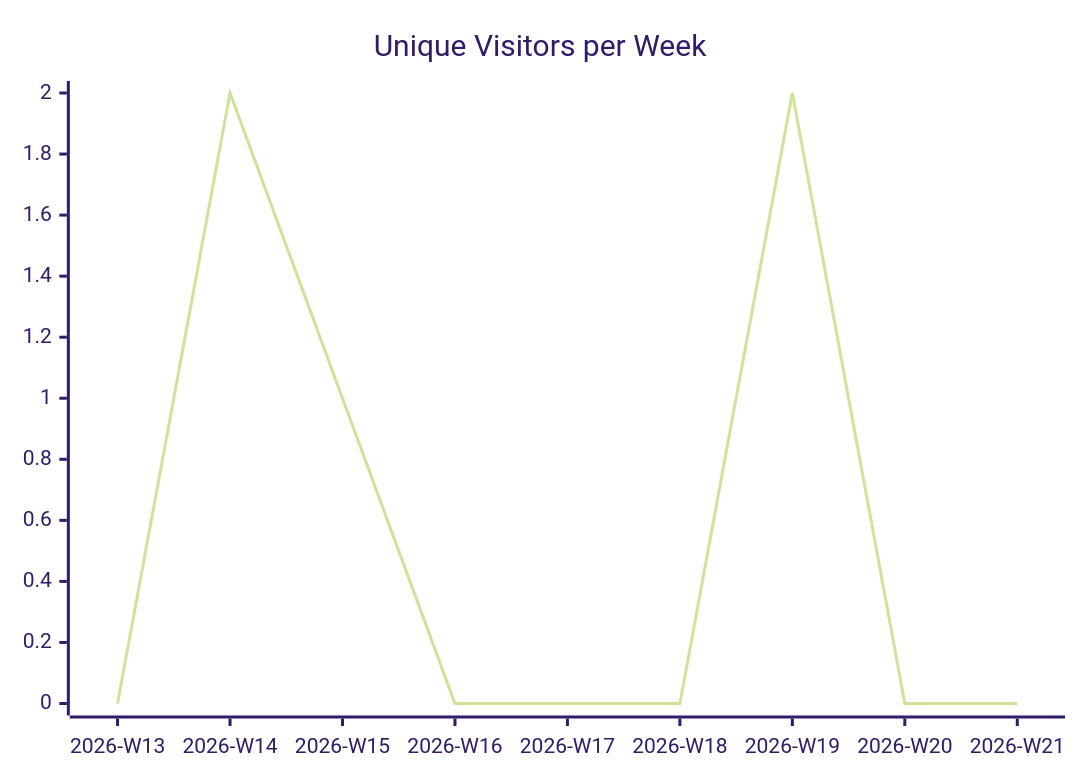
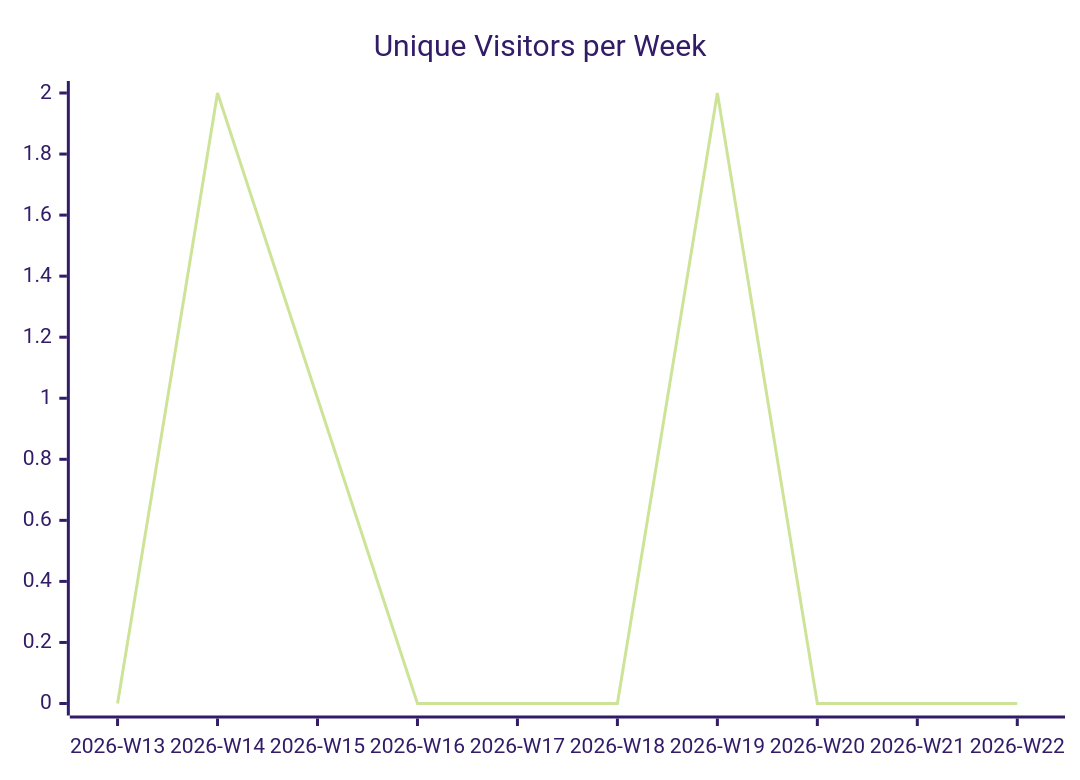
Before and after one commit to justdavis-family/github-analytics-data: the first of 3 diagrams in karlmdavis/justdavis-ansible/README.md, drawn with Mermaid (forest theme). The commit also changed other lines of this file and 190 other files, not shown here.

````diff
--- a/karlmdavis/justdavis-ansible/README.md
+++ b/karlmdavis/justdavis-ansible/README.md
@@ -5,6 +5,6 @@
 ```mermaid
 xychart-beta
   title "Unique Visitors per Week"
-  x-axis ["2026-W13", "2026-W14", "2026-W15", "2026-W16", "2026-W17", "2026-W18", "2026-W19", "2026-W20", "2026-W21"]
-  line [0, 2, 1, 0, 0, 0, 2, 0, 0]
+  x-axis ["2026-W13", "2026-W14", "2026-W15", "2026-W16", "2026-W17", "2026-W18", "2026-W19", "2026-W20", "2026-W21", "2026-W22"]
+  line [0, 2, 1, 0, 0, 0, 2, 0, 0, 0]
 ```
````
